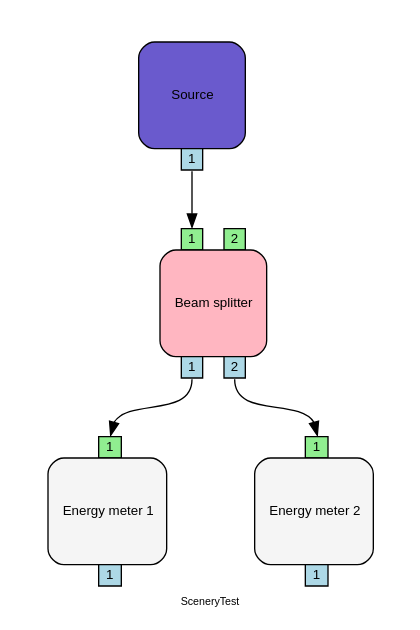
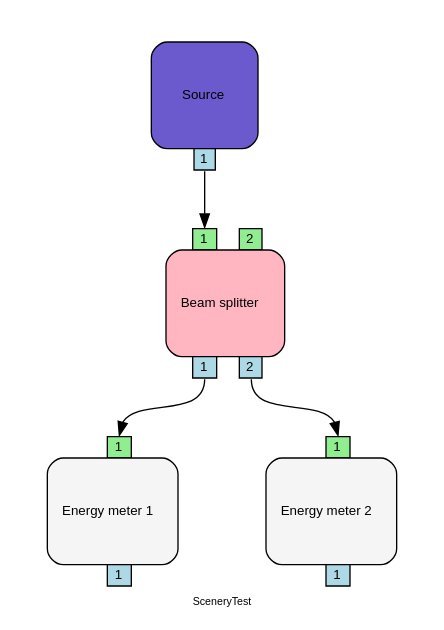
One commit to opossum-labs/opossum changed the diagram in files_for_testing/dot/to_dot_full_TB.dot. Above: the diagram before and after it, drawn with Graphviz. The commit also changed 6 other files, not shown here.

```diff
--- a/files_for_testing/dot/to_dot_full_TB.dot
+++ b/files_for_testing/dot/to_dot_full_TB.dot
@@ -1,193 +1,193 @@
 digraph {
 	fontsize = 8
 	compound = true;
 	rankdir = "TB";
 	label="SceneryTest"
-	fontname="Helvetica,Arial,sans-serif"
-	node [fontname="Helvetica,Arial,sans-serif" fontsize = 10]
-	edge [fontname="Helvetica,Arial,sans-serif"]
+	fontname="Helvetica"
+	node [fontname="Helvetica" fontsize = 10]
+	edge [fontname="Helvetica"]
 
 	i0 [
 		shape=plaintext
 		label=<
 		<TABLE BORDER="0" CELLBORDER="0" CELLSPACING="0" CELLPADDING="0" ALIGN="CENTER">
 			<TR BORDER="0">
 				<TD ALIGN="CENTER" HEIGHT="16" WIDTH="16"> </TD>
 				<TD ALIGN="CENTER" HEIGHT="16" WIDTH="16"> </TD>
 				<TD ALIGN="CENTER" HEIGHT="16" WIDTH="16"> </TD>
 				<TD ALIGN="CENTER" HEIGHT="16" WIDTH="16"> </TD>
 				<TD ALIGN="CENTER" HEIGHT="16" WIDTH="16"> </TD>
 				<TD ALIGN="CENTER" HEIGHT="16" WIDTH="16"> </TD>
 				<TD ALIGN="CENTER" HEIGHT="16" WIDTH="16"> </TD>
 			</TR>
 			<TR BORDER="0">
 				<TD ALIGN="CENTER" HEIGHT="16" WIDTH="16"> </TD>
 				<TD ROWSPAN="5" COLSPAN="5" BGCOLOR="slateblue" WIDTH="80" HEIGHT="80" BORDER="1" ALIGN="CENTER" CELLPADDING="10" STYLE="ROUNDED">Source</TD>
 				<TD ALIGN="CENTER" HEIGHT="16" WIDTH="16"> </TD>
 			</TR>
 			<TR BORDER="0">
 				<TD ALIGN="CENTER" HEIGHT="16" WIDTH="16"> </TD>
 				<TD ALIGN="CENTER" HEIGHT="16" WIDTH="16"> </TD>
 			</TR>
 			<TR BORDER="0">
 				<TD ALIGN="CENTER" HEIGHT="16" WIDTH="16"> </TD>
 				<TD ALIGN="CENTER" HEIGHT="16" WIDTH="16"> </TD>
 			</TR>
 			<TR BORDER="0">
 				<TD ALIGN="CENTER" HEIGHT="16" WIDTH="16"> </TD>
 				<TD ALIGN="CENTER" HEIGHT="16" WIDTH="16"> </TD>
 			</TR>
 			<TR BORDER="0">
 				<TD ALIGN="CENTER" HEIGHT="16" WIDTH="16"> </TD>
 				<TD ALIGN="CENTER" HEIGHT="16" WIDTH="16"> </TD>
 			</TR>
 			<TR BORDER="0">
 				<TD ALIGN="CENTER" HEIGHT="16" WIDTH="16"> </TD>
 				<TD ALIGN="CENTER" HEIGHT="16" WIDTH="16"> </TD>
 				<TD ALIGN="CENTER" HEIGHT="16" WIDTH="16"> </TD>
 				<TD HEIGHT="16" WIDTH="16" PORT="out1" BORDER="1" BGCOLOR="lightblue" HREF="" TOOLTIP="Output port 1: out1">1</TD>
 				<TD ALIGN="CENTER" HEIGHT="16" WIDTH="16"> </TD>
 				<TD ALIGN="CENTER" HEIGHT="16" WIDTH="16"> </TD>
 				<TD ALIGN="CENTER" HEIGHT="16" WIDTH="16"> </TD>
 			</TR>
 			</TABLE>
 		>];
 	i1 [
 		shape=plaintext
 		label=<
 		<TABLE BORDER="0" CELLBORDER="0" CELLSPACING="0" CELLPADDING="0" ALIGN="CENTER">
 			<TR BORDER="0">
 				<TD ALIGN="CENTER" HEIGHT="16" WIDTH="16"> </TD>
 				<TD ALIGN="CENTER" HEIGHT="16" WIDTH="16"> </TD>
 				<TD HEIGHT="16" WIDTH="16" PORT="input1" BORDER="1" BGCOLOR="lightgreen" HREF="" TOOLTIP="Input port 1: input1">1</TD>
 				<TD ALIGN="CENTER" HEIGHT="16" WIDTH="16"> </TD>
 				<TD HEIGHT="16" WIDTH="16" PORT="input2" BORDER="1" BGCOLOR="lightgreen" HREF="" TOOLTIP="Input port 2: input2">2</TD>
 				<TD ALIGN="CENTER" HEIGHT="16" WIDTH="16"> </TD>
 				<TD ALIGN="CENTER" HEIGHT="16" WIDTH="16"> </TD>
 			</TR>
 			<TR BORDER="0">
 				<TD ALIGN="CENTER" HEIGHT="16" WIDTH="16"> </TD>
 				<TD ROWSPAN="5" COLSPAN="5" BGCOLOR="lightpink" WIDTH="80" HEIGHT="80" BORDER="1" ALIGN="CENTER" CELLPADDING="10" STYLE="ROUNDED">Beam splitter</TD>
 				<TD ALIGN="CENTER" HEIGHT="16" WIDTH="16"> </TD>
 			</TR>
 			<TR BORDER="0">
 				<TD ALIGN="CENTER" HEIGHT="16" WIDTH="16"> </TD>
 				<TD ALIGN="CENTER" HEIGHT="16" WIDTH="16"> </TD>
 			</TR>
 			<TR BORDER="0">
 				<TD ALIGN="CENTER" HEIGHT="16" WIDTH="16"> </TD>
 				<TD ALIGN="CENTER" HEIGHT="16" WIDTH="16"> </TD>
 			</TR>
 			<TR BORDER="0">
 				<TD ALIGN="CENTER" HEIGHT="16" WIDTH="16"> </TD>
 				<TD ALIGN="CENTER" HEIGHT="16" WIDTH="16"> </TD>
 			</TR>
 			<TR BORDER="0">
 				<TD ALIGN="CENTER" HEIGHT="16" WIDTH="16"> </TD>
 				<TD ALIGN="CENTER" HEIGHT="16" WIDTH="16"> </TD>
 			</TR>
 			<TR BORDER="0">
 				<TD ALIGN="CENTER" HEIGHT="16" WIDTH="16"> </TD>
 				<TD ALIGN="CENTER" HEIGHT="16" WIDTH="16"> </TD>
 				<TD HEIGHT="16" WIDTH="16" PORT="out1_trans1_refl2" BORDER="1" BGCOLOR="lightblue" HREF="" TOOLTIP="Output port 1: out1_trans1_refl2">1</TD>
 				<TD ALIGN="CENTER" HEIGHT="16" WIDTH="16"> </TD>
 				<TD HEIGHT="16" WIDTH="16" PORT="out2_trans2_refl1" BORDER="1" BGCOLOR="lightblue" HREF="" TOOLTIP="Output port 2: out2_trans2_refl1">2</TD>
 				<TD ALIGN="CENTER" HEIGHT="16" WIDTH="16"> </TD>
 				<TD ALIGN="CENTER" HEIGHT="16" WIDTH="16"> </TD>
 			</TR>
 			</TABLE>
 		>];
 	i2 [
 		shape=plaintext
 		label=<
 		<TABLE BORDER="0" CELLBORDER="0" CELLSPACING="0" CELLPADDING="0" ALIGN="CENTER">
 			<TR BORDER="0">
 				<TD ALIGN="CENTER" HEIGHT="16" WIDTH="16"> </TD>
 				<TD ALIGN="CENTER" HEIGHT="16" WIDTH="16"> </TD>
 				<TD ALIGN="CENTER" HEIGHT="16" WIDTH="16"> </TD>
 				<TD HEIGHT="16" WIDTH="16" PORT="in1" BORDER="1" BGCOLOR="lightgreen" HREF="" TOOLTIP="Input port 1: in1">1</TD>
 				<TD ALIGN="CENTER" HEIGHT="16" WIDTH="16"> </TD>
 				<TD ALIGN="CENTER" HEIGHT="16" WIDTH="16"> </TD>
 				<TD ALIGN="CENTER" HEIGHT="16" WIDTH="16"> </TD>
 			</TR>
 			<TR BORDER="0">
 				<TD ALIGN="CENTER" HEIGHT="16" WIDTH="16"> </TD>
 				<TD ROWSPAN="5" COLSPAN="5" BGCOLOR="whitesmoke" WIDTH="80" HEIGHT="80" BORDER="1" ALIGN="CENTER" CELLPADDING="10" STYLE="ROUNDED">Energy meter 1</TD>
 				<TD ALIGN="CENTER" HEIGHT="16" WIDTH="16"> </TD>
 			</TR>
 			<TR BORDER="0">
 				<TD ALIGN="CENTER" HEIGHT="16" WIDTH="16"> </TD>
 				<TD ALIGN="CENTER" HEIGHT="16" WIDTH="16"> </TD>
 			</TR>
 			<TR BORDER="0">
 				<TD ALIGN="CENTER" HEIGHT="16" WIDTH="16"> </TD>
 				<TD ALIGN="CENTER" HEIGHT="16" WIDTH="16"> </TD>
 			</TR>
 			<TR BORDER="0">
 				<TD ALIGN="CENTER" HEIGHT="16" WIDTH="16"> </TD>
 				<TD ALIGN="CENTER" HEIGHT="16" WIDTH="16"> </TD>
 			</TR>
 			<TR BORDER="0">
 				<TD ALIGN="CENTER" HEIGHT="16" WIDTH="16"> </TD>
 				<TD ALIGN="CENTER" HEIGHT="16" WIDTH="16"> </TD>
 			</TR>
 			<TR BORDER="0">
 				<TD ALIGN="CENTER" HEIGHT="16" WIDTH="16"> </TD>
 				<TD ALIGN="CENTER" HEIGHT="16" WIDTH="16"> </TD>
 				<TD ALIGN="CENTER" HEIGHT="16" WIDTH="16"> </TD>
 				<TD HEIGHT="16" WIDTH="16" PORT="out1" BORDER="1" BGCOLOR="lightblue" HREF="" TOOLTIP="Output port 1: out1">1</TD>
 				<TD ALIGN="CENTER" HEIGHT="16" WIDTH="16"> </TD>
 				<TD ALIGN="CENTER" HEIGHT="16" WIDTH="16"> </TD>
 				<TD ALIGN="CENTER" HEIGHT="16" WIDTH="16"> </TD>
 			</TR>
 			</TABLE>
 		>];
 	i3 [
 		shape=plaintext
 		label=<
 		<TABLE BORDER="0" CELLBORDER="0" CELLSPACING="0" CELLPADDING="0" ALIGN="CENTER">
 			<TR BORDER="0">
 				<TD ALIGN="CENTER" HEIGHT="16" WIDTH="16"> </TD>
 				<TD ALIGN="CENTER" HEIGHT="16" WIDTH="16"> </TD>
 				<TD ALIGN="CENTER" HEIGHT="16" WIDTH="16"> </TD>
 				<TD HEIGHT="16" WIDTH="16" PORT="in1" BORDER="1" BGCOLOR="lightgreen" HREF="" TOOLTIP="Input port 1: in1">1</TD>
 				<TD ALIGN="CENTER" HEIGHT="16" WIDTH="16"> </TD>
 				<TD ALIGN="CENTER" HEIGHT="16" WIDTH="16"> </TD>
 				<TD ALIGN="CENTER" HEIGHT="16" WIDTH="16"> </TD>
 			</TR>
 			<TR BORDER="0">
 				<TD ALIGN="CENTER" HEIGHT="16" WIDTH="16"> </TD>
 				<TD ROWSPAN="5" COLSPAN="5" BGCOLOR="whitesmoke" WIDTH="80" HEIGHT="80" BORDER="1" ALIGN="CENTER" CELLPADDING="10" STYLE="ROUNDED">Energy meter 2</TD>
 				<TD ALIGN="CENTER" HEIGHT="16" WIDTH="16"> </TD>
 			</TR>
 			<TR BORDER="0">
 				<TD ALIGN="CENTER" HEIGHT="16" WIDTH="16"> </TD>
 				<TD ALIGN="CENTER" HEIGHT="16" WIDTH="16"> </TD>
 			</TR>
 			<TR BORDER="0">
 				<TD ALIGN="CENTER" HEIGHT="16" WIDTH="16"> </TD>
 				<TD ALIGN="CENTER" HEIGHT="16" WIDTH="16"> </TD>
 			</TR>
 			<TR BORDER="0">
 				<TD ALIGN="CENTER" HEIGHT="16" WIDTH="16"> </TD>
 				<TD ALIGN="CENTER" HEIGHT="16" WIDTH="16"> </TD>
 			</TR>
 			<TR BORDER="0">
 				<TD ALIGN="CENTER" HEIGHT="16" WIDTH="16"> </TD>
 				<TD ALIGN="CENTER" HEIGHT="16" WIDTH="16"> </TD>
 			</TR>
 			<TR BORDER="0">
 				<TD ALIGN="CENTER" HEIGHT="16" WIDTH="16"> </TD>
 				<TD ALIGN="CENTER" HEIGHT="16" WIDTH="16"> </TD>
 				<TD ALIGN="CENTER" HEIGHT="16" WIDTH="16"> </TD>
 				<TD HEIGHT="16" WIDTH="16" PORT="out1" BORDER="1" BGCOLOR="lightblue" HREF="" TOOLTIP="Output port 1: out1">1</TD>
 				<TD ALIGN="CENTER" HEIGHT="16" WIDTH="16"> </TD>
 				<TD ALIGN="CENTER" HEIGHT="16" WIDTH="16"> </TD>
 				<TD ALIGN="CENTER" HEIGHT="16" WIDTH="16"> </TD>
 			</TR>
 			</TABLE>
 		>];
   i0:out1 -> i1:input1 
   i1:out1_trans1_refl2 -> i2:in1 
   i1:out2_trans2_refl1 -> i3:in1 
 }
```
